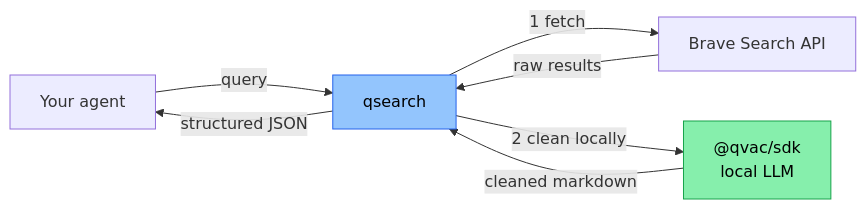
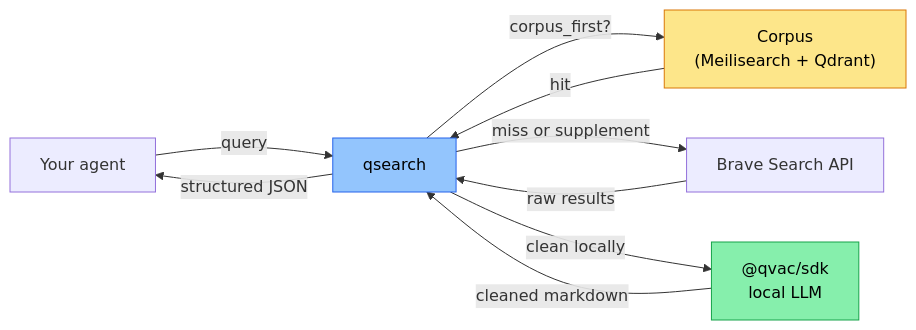
The diagram in README.md (theYahia/qsearch), drawn with Mermaid before and after one commit. The commit also changed other lines of this file and 38 other files, not shown here.

First line of the commit message:
feat: ship qsearch v0.3.0 — persistent corpus, hybrid search, full test suite

````diff
--- a/README.md
+++ b/README.md
@@ -63,12 +66,15 @@
 ```mermaid
 flowchart LR
     A[Your agent] -->|query| Q[qsearch]
-    Q -->|1 fetch| B[Brave Search API]
+    Q -->|corpus_first?| C["Corpus\n(Meilisearch + Qdrant)"]
+    C -->|hit| Q
+    Q -->|miss or supplement| B[Brave Search API]
     B -->|raw results| Q
-    Q -->|2 clean locally| L["@qvac/sdk<br/>local LLM"]
+    Q -->|clean locally| L["@qvac/sdk\nlocal LLM"]
     L -->|cleaned markdown| Q
     Q -->|structured JSON| A
 
     style L fill:#86efac,stroke:#16a34a,color:#000
     style Q fill:#93c5fd,stroke:#2563eb,color:#000
+    style C fill:#fde68a,stroke:#d97706,color:#000
 ```
````
